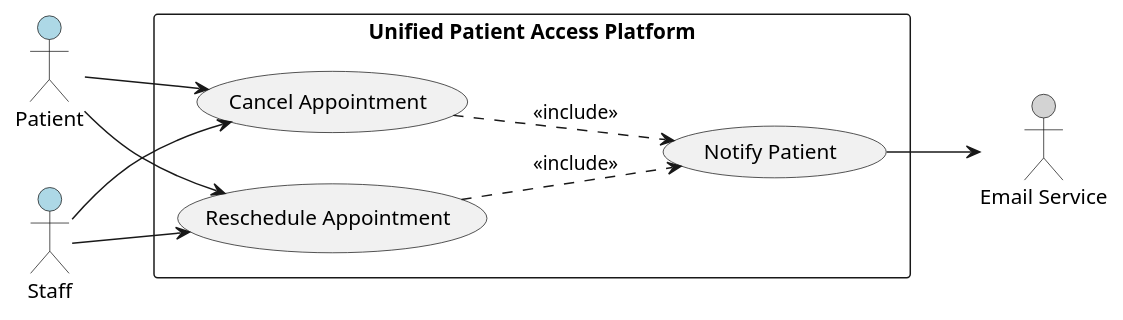
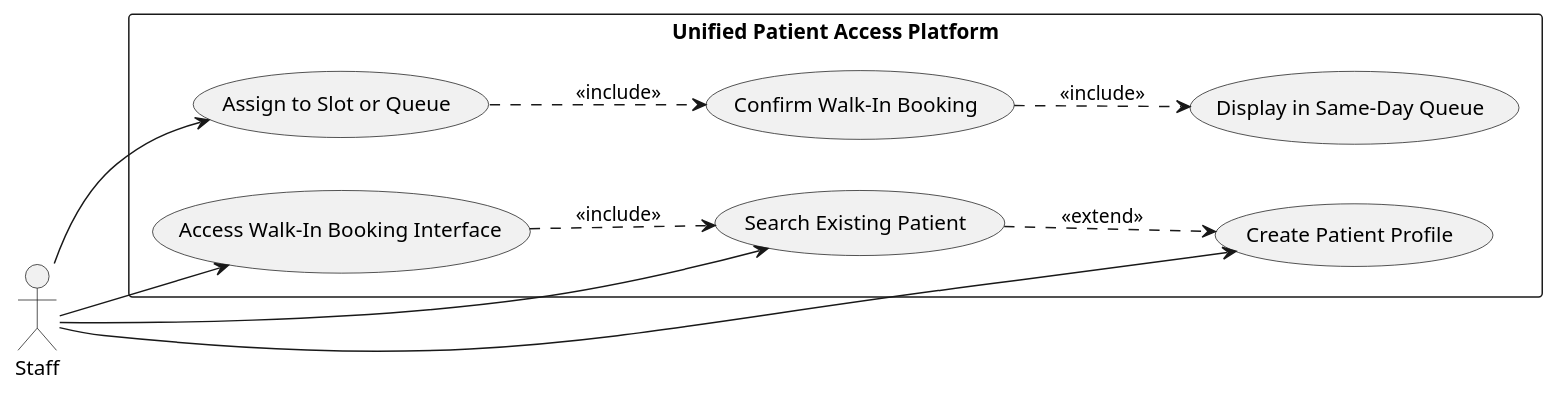
Before and after one commit to divya-bharathi-24/Propel-IQ-Patient-Platform: the fifth of 12 diagrams in .propel/context/docs/spec.md, drawn with PlantUML. The commit also changed other lines of this file and 60 other files, not shown here.

````diff
--- a/.propel/context/docs/spec.md
+++ b/.propel/context/docs/spec.md
@@ -343,24 +458,26 @@
 ```plantuml
-@startuml
+@startuml UC-005-Walk-In-Booking
 left to right direction
 skinparam packageStyle rectangle
 
-actor Patient #LightBlue
-actor Staff #LightBlue
-actor "Email Service" as Email #LightGray
+actor Staff
 
 rectangle "Unified Patient Access Platform" {
-  usecase "Cancel Appointment" as UC5a
-  usecase "Reschedule Appointment" as UC5b
-  usecase "Notify Patient" as UC5c
+  usecase "Access Walk-In Booking Interface" as UC005_ACCESS
+  usecase "Search Existing Patient" as UC005_SEARCH
+  usecase "Create Patient Profile" as UC005_CREATE
+  usecase "Assign to Slot or Queue" as UC005_ASSIGN
+  usecase "Confirm Walk-In Booking" as UC005_CONFIRM
+  usecase "Display in Same-Day Queue" as UC005_QUEUE
 }
 
-Patient --> UC5a
-Patient --> UC5b
-Staff --> UC5a
-Staff --> UC5b
-UC5a ..> UC5c : <<include>>
-UC5b ..> UC5c : <<include>>
-UC5c --> Email
+Staff --> UC005_ACCESS
+Staff --> UC005_SEARCH
+Staff --> UC005_CREATE
+Staff --> UC005_ASSIGN
+UC005_ACCESS ..> UC005_SEARCH : <<include>>
+UC005_SEARCH ..> UC005_CREATE : <<extend>>
+UC005_ASSIGN ..> UC005_CONFIRM : <<include>>
+UC005_CONFIRM ..> UC005_QUEUE : <<include>>
 @enduml
 ```
````
